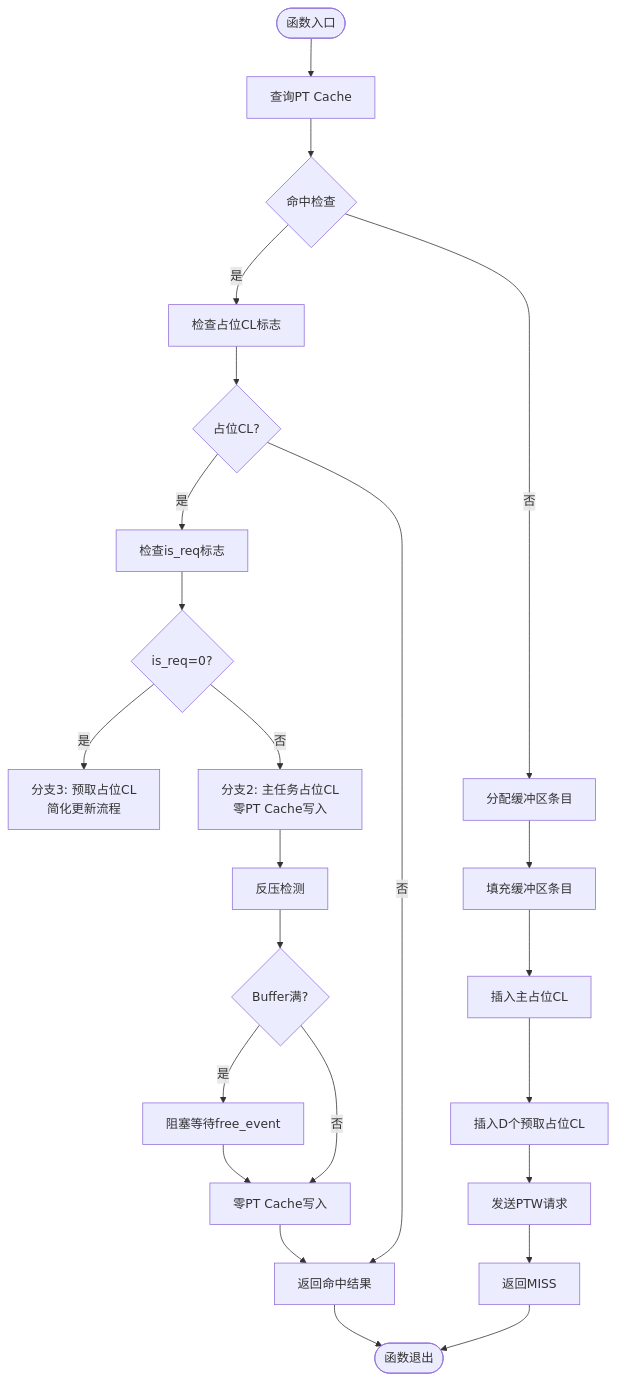
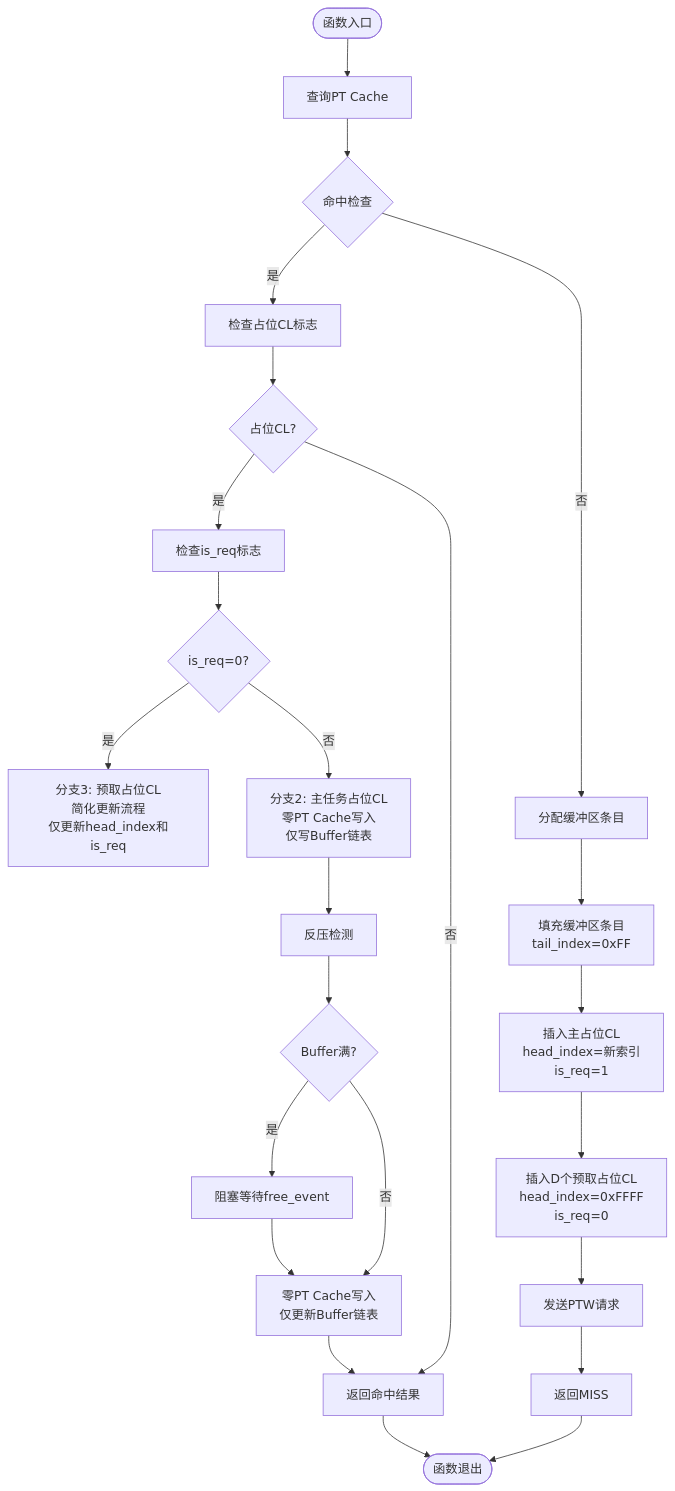
One commit to jiangjiang1122/iommu_model_20260401_v1 changed the fourth of 5 diagrams in .qoder/repowiki/zh/content/测试框架/PT Cache预取测试报告.md. Above: the diagram before and after it, drawn with Mermaid. The commit also changed other lines of this file and 6 other files, not shown here.

````diff
--- a/.qoder/repowiki/zh/content/测试框架/PT Cache预取测试报告.md
+++ b/.qoder/repowiki/zh/content/测试框架/PT Cache预取测试报告.md
@@ -209,26 +229,26 @@
 ```mermaid
 flowchart TD
 Start([函数入口]) --> Lookup["查询PT Cache"]
 Lookup --> Hit{"命中检查"}
 Hit --> |是| CheckPH["检查占位CL标志"]
 CheckPH --> PH{"占位CL?"}
 PH --> |是| CheckReq["检查is_req标志"]
 CheckReq --> Req{"is_req=0?"}
-Req --> |是| Branch3["分支3: 预取占位CL<br/>简化更新流程"]
-Req --> |否| Branch2["分支2: 主任务占位CL<br/>零PT Cache写入"]
+Req --> |是| Branch3["分支3: 预取占位CL<br/>简化更新流程<br/>仅更新head_index和is_req"]
+Req --> |否| Branch2["分支2: 主任务占位CL<br/>零PT Cache写入<br/>仅写Buffer链表"]
 PH --> |否| ReturnHit["返回命中结果"]
 Hit --> |否| Allocate["分配缓冲区条目"]
-Allocate --> FillBuffer["填充缓冲区条目"]
-FillBuffer --> InsertMain["插入主占位CL"]
-InsertMain --> InsertPrefetch["插入D个预取占位CL"]
+Allocate --> FillBuffer["填充缓冲区条目<br/>tail_index=0xFF"]
+FillBuffer --> InsertMain["插入主占位CL<br/>head_index=新索引<br/>is_req=1"]
+InsertMain --> InsertPrefetch["插入D个预取占位CL<br/>head_index=0xFFFF<br/>is_req=0"]
 InsertPrefetch --> SendPTW["发送PTW请求"]
 SendPTW --> ReturnMiss["返回MISS"]
 Branch2 --> Backpressure["反压检测"]
 Backpressure --> BufferFull{"Buffer满?"}
 BufferFull --> |是| BlockWait["阻塞等待free_event"]
-BufferFull --> |否| ZeroWrite["零PT Cache写入"]
+BufferFull --> |否| ZeroWrite["零PT Cache写入<br/>仅更新Buffer链表"]
 BlockWait --> ZeroWrite
 ZeroWrite --> ReturnHit
 ReturnHit --> End([函数退出])
 ReturnMiss --> End
 ```
````
